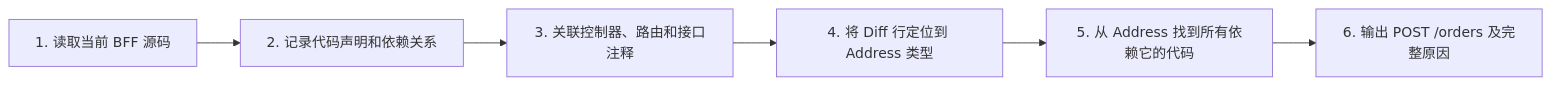
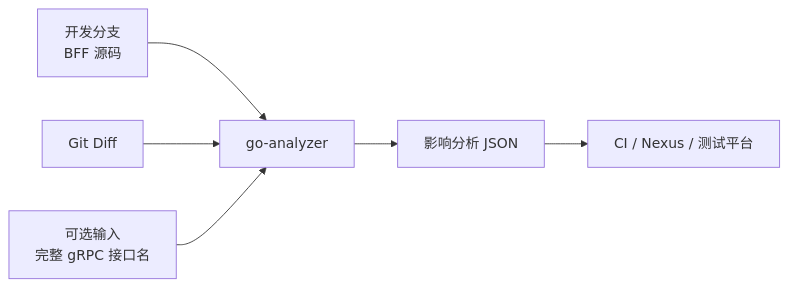
Before and after one commit to Flying-Bird1999/go-analyzer: the first of 17 diagrams in TECH-DESIGN-impact-analysis.md, drawn with Mermaid. The commit also changed other lines of this file and 1 other file, not shown here.

First line of the commit message:
docs: 更新 go-analyzer 技术设计方案并添加一致性 TODO 清单

````diff
--- a/TECH-DESIGN-impact-analysis.md
+++ b/TECH-DESIGN-impact-analysis.md
@@ -126,11 +65,14 @@
 ```mermaid
 flowchart LR
-    A["1. 读取当前 BFF 源码"]
-    B["2. 记录代码声明和依赖关系"]
-    C["3. 关联控制器、路由和接口注释"]
-    D["4. 将 Diff 行定位到 Address 类型"]
-    E["5. 从 Address 找到所有依赖它的代码"]
-    F["6. 输出 POST /orders 及完整原因"]
+    DEV["开发分支<br/>BFF 源码"]
+    GIT["Git Diff"]
+    GRPC["可选输入<br/>完整 gRPC 接口名"]
+    ANALYZER["go-analyzer"]
+    JSON["影响分析 JSON"]
+    CI["CI / Nexus / 测试平台"]
 
-    A --> B --> C --> D --> E --> F
+    DEV --> ANALYZER
+    GIT --> ANALYZER
+    GRPC --> ANALYZER
+    ANALYZER --> JSON --> CI
 ```
````
